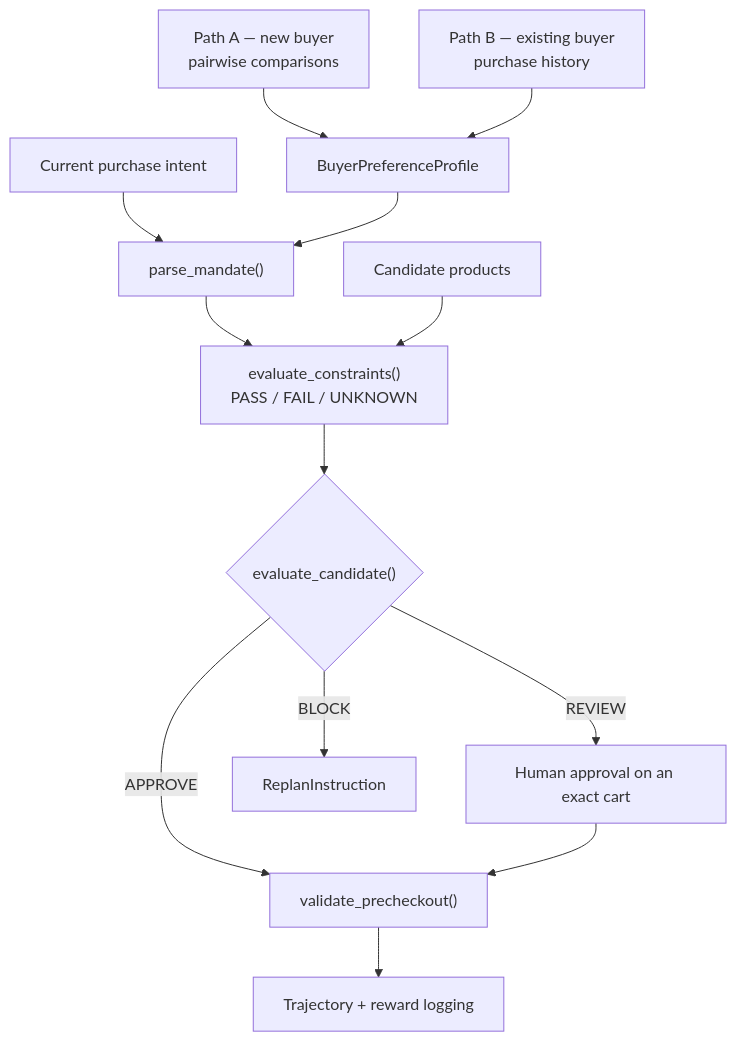
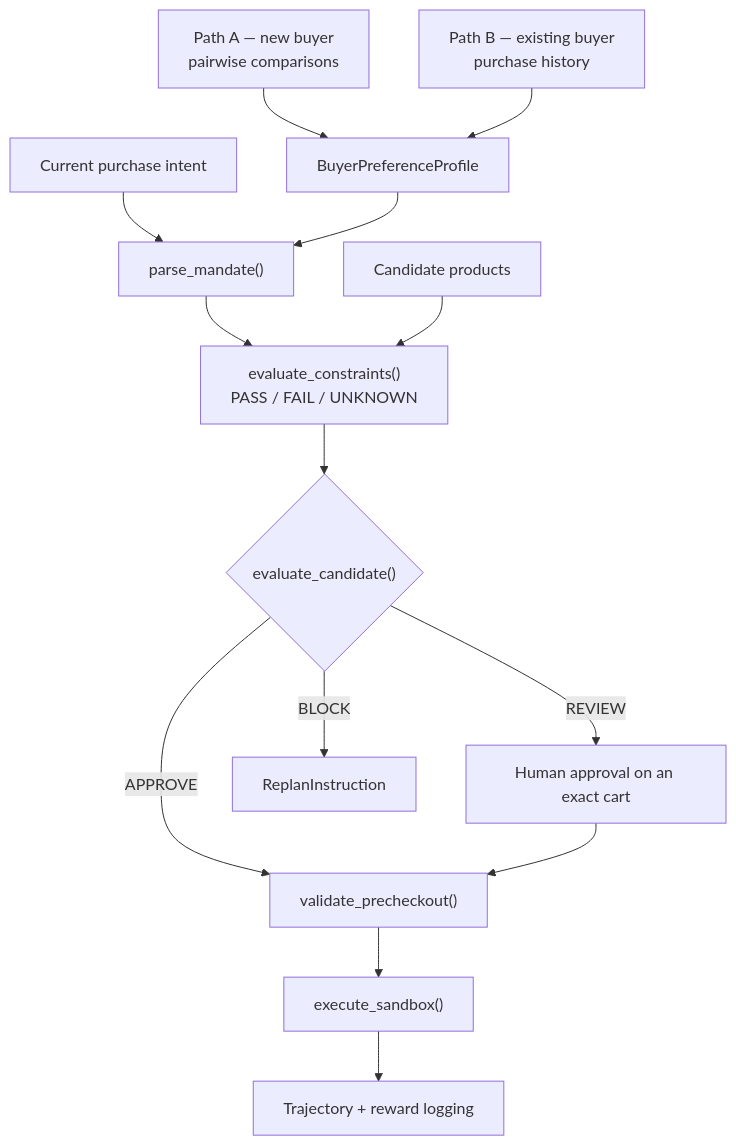
Before and after one commit to sasap91/buyeragent: the diagram in README.md, drawn with Mermaid. The commit also changed other lines of this file, not shown here.

First line of the commit message:
docs: cover sandbox execution

````diff
--- a/README.md
+++ b/README.md
@@ -33,15 +34,16 @@
 ```mermaid
 flowchart TD
     A["Path A — new buyer<br/>pairwise comparisons"] --> P[BuyerPreferenceProfile]
     B["Path B — existing buyer<br/>purchase history"] --> P
     I[Current purchase intent] --> M
     P --> M["parse_mandate()"]
     M --> E["evaluate_constraints()<br/>PASS / FAIL / UNKNOWN"]
     C[Candidate products] --> E
     E --> D{"evaluate_candidate()"}
     D -->|APPROVE| V["validate_precheckout()"]
     D -->|REVIEW| H[Human approval on an exact cart]
     D -->|BLOCK| R[ReplanInstruction]
     H --> V
-    V --> L["Trajectory + reward logging"]
+    V --> X["execute_sandbox()"]
+    X --> L["Trajectory + reward logging"]
 ```
````
